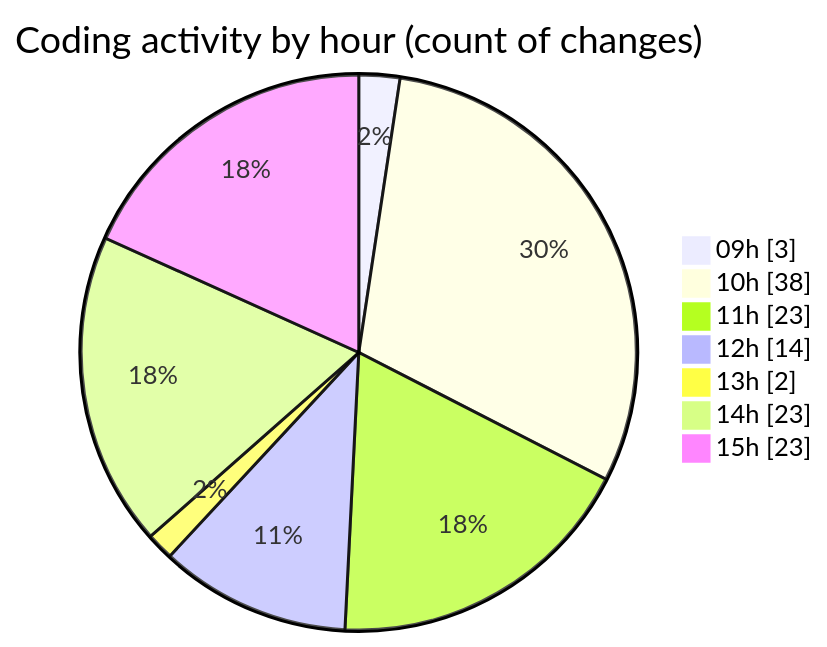
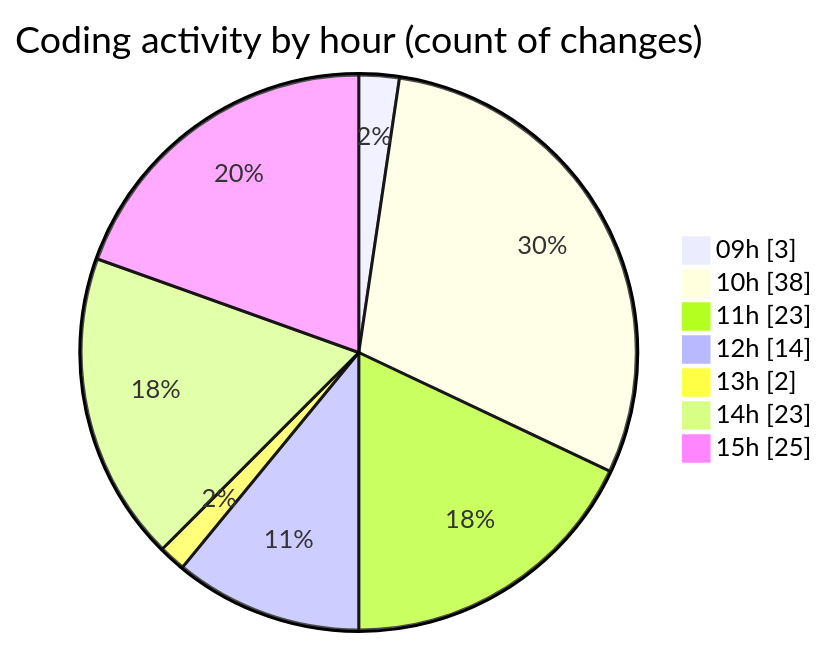
One commit to momahboobian/code-tracking changed the second of 2 diagrams in 2025-11-19/cda/README.md. Above: the diagram before and after it, drawn with Mermaid. The commit also changed other lines of this file and 1 other file, not shown here.

````diff
--- a/2025-11-19/cda/README.md
+++ b/2025-11-19/cda/README.md
@@ -33,11 +33,11 @@
 ```mermaid
 pie showData
 title Coding activity by hour (count of changes)
 "09h" : 3
 "10h" : 38
 "11h" : 23
 "12h" : 14
 "13h" : 2
 "14h" : 23
-"15h" : 23
+"15h" : 25
 ```
````
